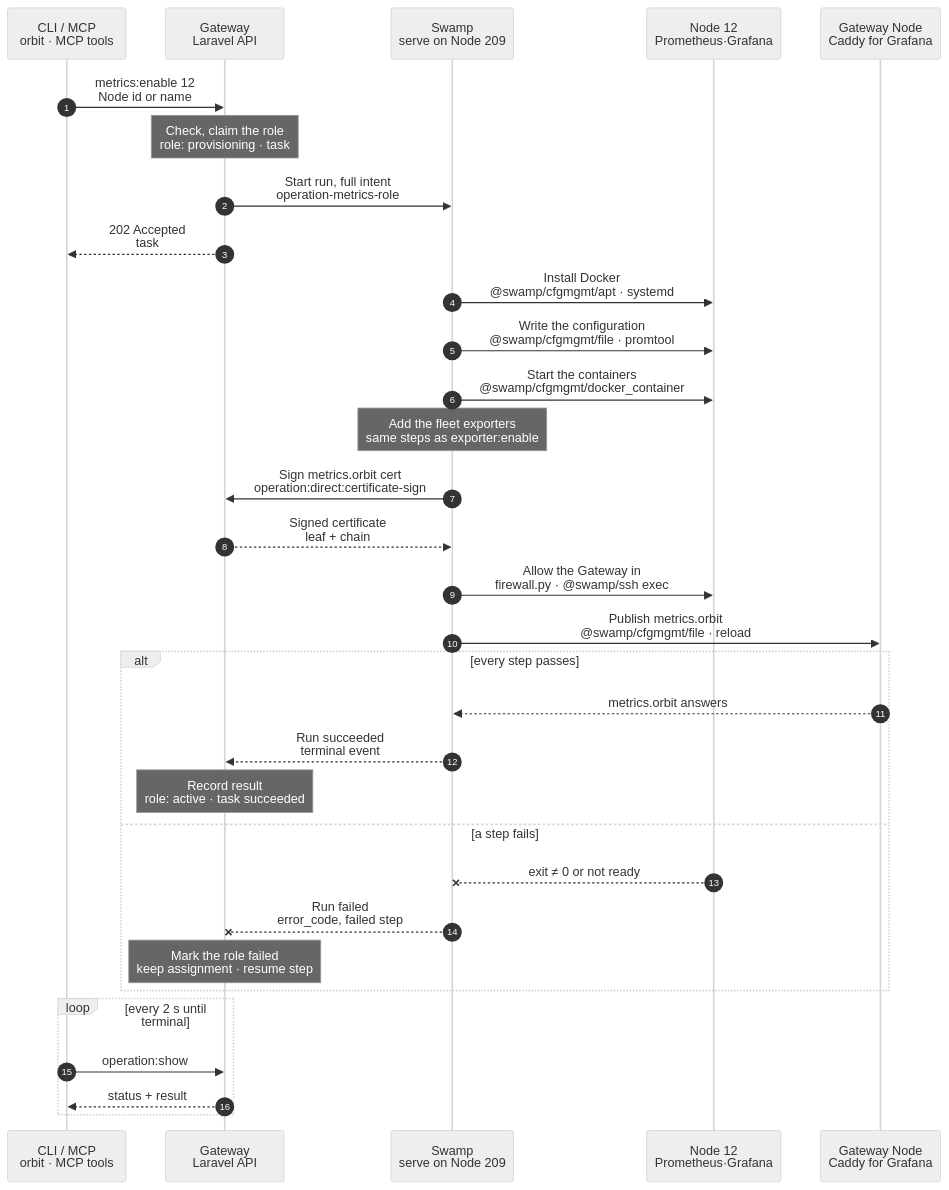
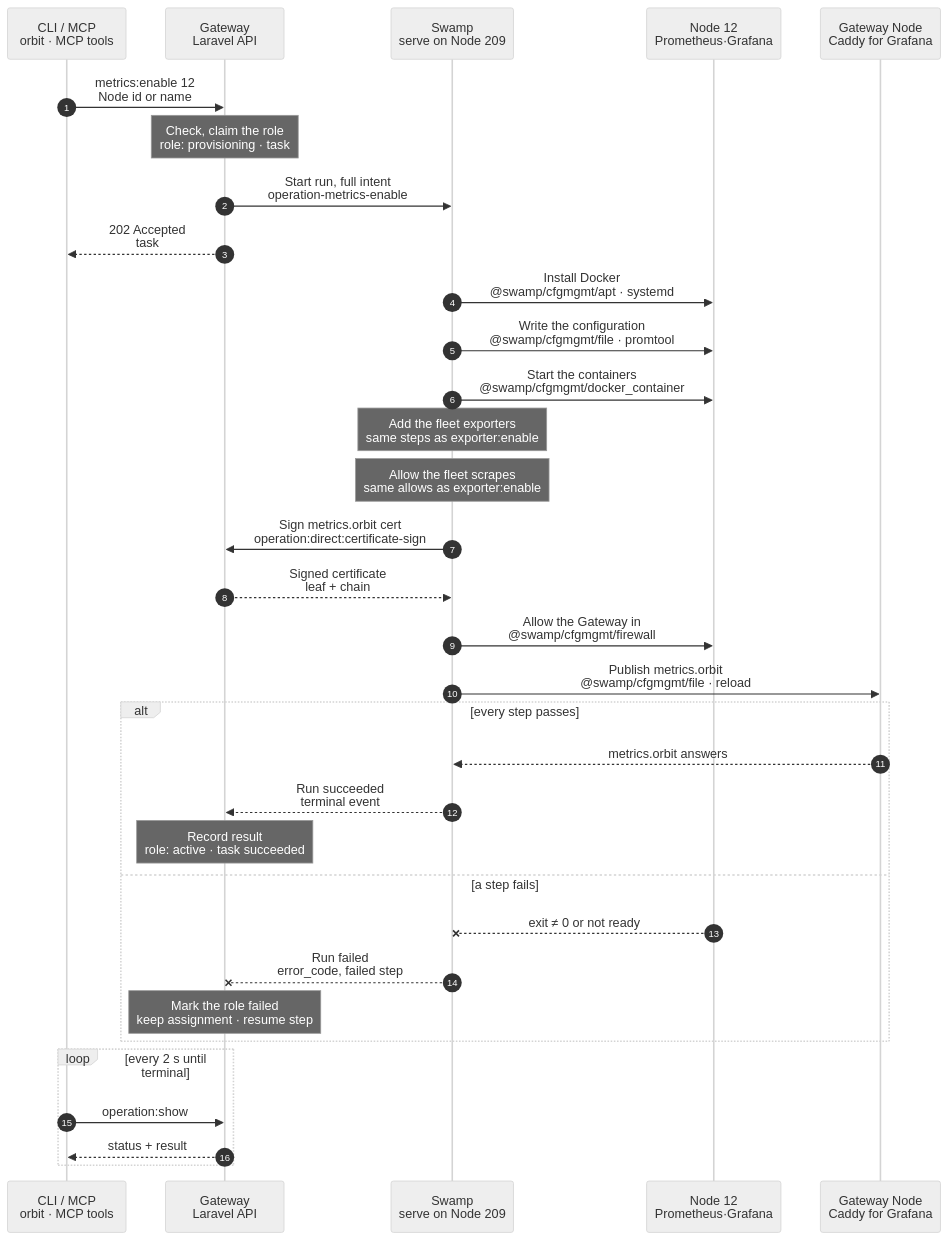
Before and after one commit to hardimpactdev/orbit: the diagram in docs/cli/metrics/enable.mmd, drawn with Mermaid (neutral theme). The commit also changed 20 other files, not shown here.

```diff
--- a/docs/cli/metrics/enable.mmd
+++ b/docs/cli/metrics/enable.mmd
@@ -1,141 +1,150 @@
 sequenceDiagram
   %% Target design: ADR 0244 task, DECISIONS R1-R4 + 1 (certificate signing is the one step call), metrics.exporter_enable decisions (reload, don't restart), single-swamp-node. docs/reference/metrics.md.
   %% Tightened: flow-tighten 2026-11-02, rules 6, 9, 22 (configuration and Grafana password in one cfgmgmt file step; health read folded into the start; the end check is metrics.orbit; ordered Grafana rules use firewall.py).
   %% status: draft
   %% command: metrics:enable
   %% kind: metrics.enable
   autonumber
   %% lane CLI icon=terminal pill=caller tone=gray
   %% lane GW icon=gateway pill=intent tone=blue
   %% lane SW icon=workflow pill=executes tone=green
   %% lane N icon=server pill=target tone=amber
   %% lane G icon=server pill=target tone=purple
   participant CLI as CLI / MCP<br/>orbit · MCP tools
   participant GW as Gateway<br/>Laravel API
   participant SW as Swamp<br/>serve on Node 209
   participant N as Node 12<br/>Prometheus·Grafana
   participant G as Gateway Node<br/>Caddy for Grafana
   CLI->>GW: metrics:enable 12<br/>Node id or name
   %%> Command:
   %%> - `orbit metrics:enable 12`
   %%> - syntax: `[node] [--json]`
   %%> Input:
   %%> - the Node that runs Prometheus and Grafana; in a terminal the CLI lists the active Nodes and asks
   %%> - with `--json` or without a terminal, the Node is required (`metrics.node_required`)
   %%> What it does:
   %%> - gives Node 12 the `metrics` role, and shows its dashboards at `https://metrics.orbit`
   Note over GW: Check, claim the role<br/>role: provisioning · task #5173
   %%> Requirements:
   %%> - exactly one active Gateway Node, and your Node has an access grant to it
   %%> - Node 12 is an active, managed Linux Node
   %%> - no Node has the `metrics` role yet, not even a failed one (`node.role_conflict`)
   %%> - no other Metrics change runs; the Gateway holds one Metrics lock
   %%> Builds:
   %%> - the Prometheus configuration with every selected exporter Node as a target
   %%> - Grafana's datasource and 3 dashboards, and both container specs with pinned images
   %%> - the Grafana firewall rules, the Caddy site on the Gateway Node, and the private DNS name
   %%> Secrets:
   %%> - creates the Grafana `admin` password once, stored encrypted; a later enable reuses it
   %%> - pushes it to the Swamp vault as key `metrics-role-operation-5173`; the inputs hold only that name
   %%> Result:
   %%> - the `metrics` assignment on Node 12 recorded with status provisioning
   %%> - task #5173 recorded with the full intent
-  GW->>SW: Start run, full intent<br/>operation-metrics-role
+  GW->>SW: Start run, full intent<br/>operation-metrics-enable
   %%> What it does:
   %%> - starts one Swamp run on serve (Node 209)
   %%> Inputs:
   %%> - the configuration files, container specs, exporter list and publication
   %%> - the vault key name of the Grafana password
   %%> - Node 12's and the Gateway Node's addresses and SSH host keys; the SSH identity comes from the `swamp` role
   GW-->>CLI: 202 Accepted<br/>task #5173
   %%> What you get:
   %%> - the task number, at once
   %%> Next:
   %%> - the CLI follows the task with `operation:show`
   SW->>N: Install Docker<br/>@swamp/cfgmgmt/apt · systemd
   %%> What it does:
   %%> - installs `docker.io` when no healthy Docker is present, and keeps it running
   %%> - waits for a busy apt lock within the run's time budget
   SW->>N: Write the configuration<br/>@swamp/cfgmgmt/file · promtool
   %%> What it does:
   %%> - writes the Prometheus configuration as a candidate and validates it with `promtool` first
   %%> - publishes it and the Grafana provisioning files in `/etc/orbit/metrics`
   %%> - writes the Grafana password from `vault.get`, mode 0400, in the same step
   %%> How:
   %%> - official `@swamp/cfgmgmt/directory` and `@swamp/cfgmgmt/file` behaviors over SSH from 209
   %%> Why one step:
   %%> - the password file is part of the Grafana configuration; it never appears in inputs, outputs or logs (R3)
   SW->>N: Start the containers<br/>@swamp/cfgmgmt/docker_container
   %%> What it does:
   %%> - pulls the pinned images and starts `orbit-metrics-prometheus` and `orbit-metrics-grafana`
   %%> - keeps the named data volumes, so a re-enable continues with the old data
   %%> Gentle:
   %%> - a container whose spec is unchanged keeps running; only a changed configuration is applied, with a Prometheus reload
   %%> - a container is recreated only when its spec or image changes
   %%> How:
   %%> - official `@swamp/cfgmgmt` behaviors (docker_image, systemd, docker_container) over SSH from 209
   %%> Read-back:
-  %%> - the `docker_container` check, then one bounded `timeout 60` wait for Prometheus `/-/ready`; the Grafana login is proven by the end check through `metrics.orbit`
+  %%> - one bounded `timeout 60` wait for Prometheus `/-/ready`, and one for a Grafana login with the stored `admin` password
+  %%> - curl reads the password file on Node 12 and hides it from the process list; it never appears in inputs, outputs or logs
   Note over SW: Add the fleet exporters<br/>same steps as exporter:enable
   %%> What it does:
-  %%> - for each selected Node: the exporters, their WireGuard listeners and the firewall allows for Node 12
+  %%> - for each selected Node: the exporters and their WireGuard listeners, one Node at a time
   %%> - the same steps that `metrics:exporter:enable` runs for one Node
   %%> Which Nodes:
   %%> - every eligible Node with a role that takes part in Metrics, or an `enabled` preference, and Node 12 itself
+  Note over SW: Allow the fleet scrapes<br/>same allows as exporter:enable
+  %%> What it does:
+  %%> - for each selected Node: the firewall allows for Node 12 on the exporter ports, one Node at a time
+  %%> How:
+  %%> - the `metrics-exporter-allows` child that `metrics:exporter:enable` runs
   SW->>GW: Sign metrics.orbit cert<br/>operation:direct:certificate-sign
   %%> How:
   %%> - a step creates the key on the Gateway Node and reads only the CSR
   %%> - the Gateway signs it with the Orbit CA; this is the one call a step may make to the Gateway
   GW-->>SW: Signed certificate<br/>leaf + chain
   %%> What happens next:
   %%> - Swamp writes the certificate beside its key on the Gateway Node
-  SW->>N: Allow the Gateway in<br/>firewall.py · @swamp/ssh exec
+  SW->>N: Allow the Gateway in<br/>@swamp/cfgmgmt/firewall
   %%> What it does:
-  %%> - allows only the Gateway Node to reach Grafana on port 3000, and denies other peers
-  %%> - places the allow above the deny, and both above broad WireGuard trust
+  %%> - allows the Gateway Node to reach Grafana on port 3000
   %%> How:
-  %%> - `firewall.py`, the one named gap: the allow and deny must sit above the managed WireGuard trust, and `@swamp/cfgmgmt/firewall` has no insert position
+  %%> - the official `@swamp/cfgmgmt/firewall` behavior over SSH from 209
+  %%> Not included:
+  %%> - no deny for other peers yet; that needs a rule above the managed WireGuard trust, which `@swamp/cfgmgmt/firewall` cannot place
   SW->>G: Publish metrics.orbit<br/>@swamp/cfgmgmt/file · reload
   %%> What it does:
   %%> - adds the `metrics.orbit` site to the Gateway Node's Caddyfile, validates it, and reloads Caddy gracefully
   %%> - Caddy asks the Gateway to authorize each request, then proxies over WireGuard to Grafana
   %%> - publishes `metrics.orbit` to the Gateway's WireGuard address through the shared DNS step on the `vpn` Node
   %%> Why a record:
   %%> - `metrics.orbit` names one service on the Gateway Node; no Cluster or Node TLD answer covers it
+  %%> End check:
+  %%> - one bounded `timeout 60` wait on the Gateway Node until `https://metrics.orbit` answers with its Orbit certificate
   alt every step passes
     G-->>SW: metrics.orbit answers
     %%> Returns:
     %%> - Caddy serves the site with the new certificate
     SW-->>GW: Run succeeded<br/>terminal event
     %%> How the Gateway learns it:
     %%> - its shared run reader sees the terminal event; Swamp never calls the Gateway for a result
     Note over GW: Record result<br/>role: active · task succeeded
     %%> Result:
     %%> - the `metrics` role on Node 12 becomes active
     %%> - each fleet exporter is recorded as active
     %%> - task #5173 succeeds
   else a step fails
     N--xSW: exit ≠ 0 or not ready
     %%> When:
     %%> - a package, config validation, container, health check, exporter, certificate, firewall or Caddy step fails
     SW--xGW: Run failed<br/>error_code, failed step
     %%> The Gateway reads:
     %%> - which step failed and its error code
     Note over GW: Mark the role failed<br/>keep assignment · resume step
     %%> Result:
     %%> - the assignment and the Grafana password stay; the role is marked failed with the step's error code
     %%> - task #5173 fails
     %%> On the Node:
     %%> - finished steps stay, so a publication failure keeps the running containers; there is no rollback
     %%> Retry:
     %%> - Swamp resumes from the failed step; finished steps don't run again
     %%> - a new enable is refused while the failed assignment exists; converge it with `orbit node:role:add 12 metrics --converge`
   end
   loop every 2 s until terminal
     CLI->>GW: operation:show #5173
     %%> What it does:
     %%> - asks for the task's status every 2 seconds until it has ended
     GW-->>CLI: status + result
     %%> Returns:
     %%> - the current status, and the result once the task has ended
   end
```
